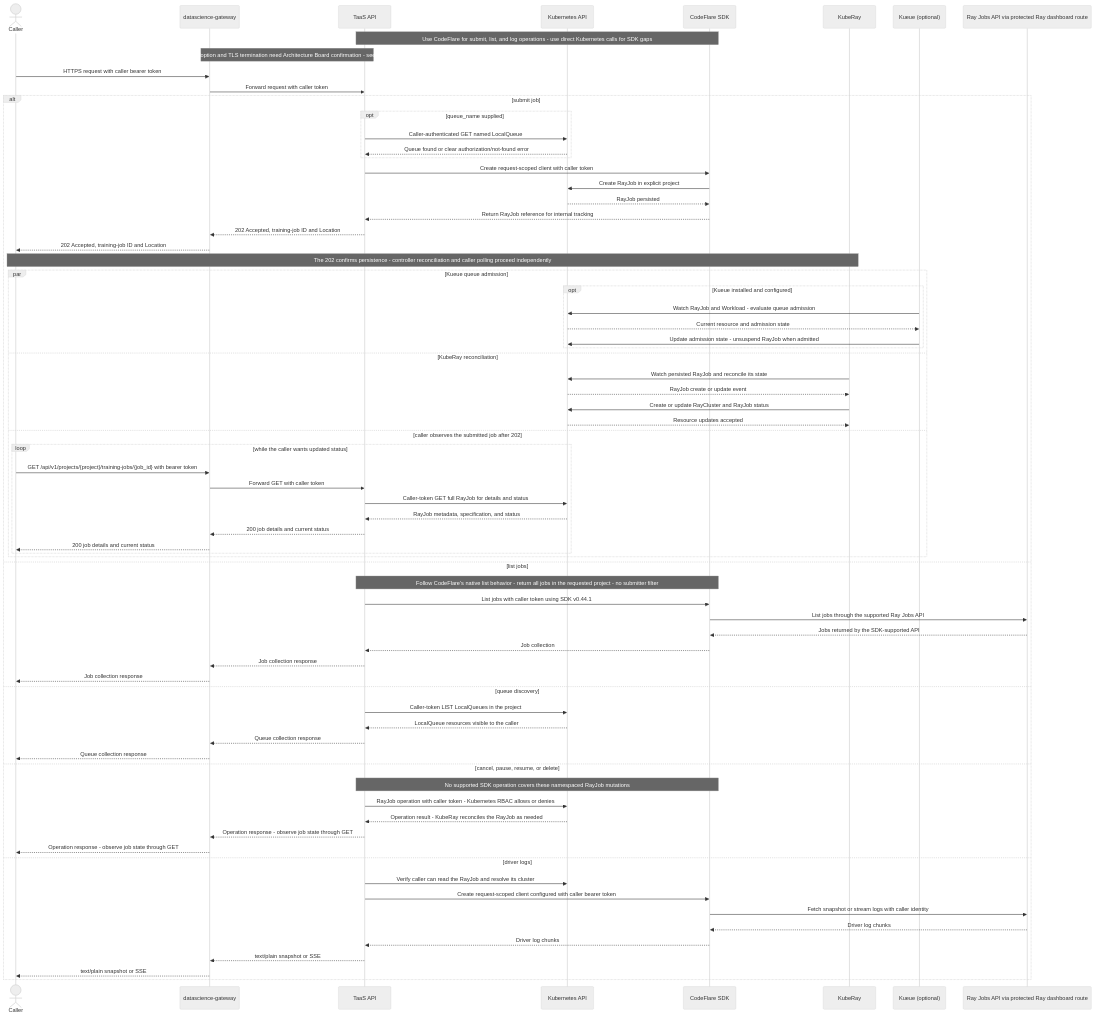
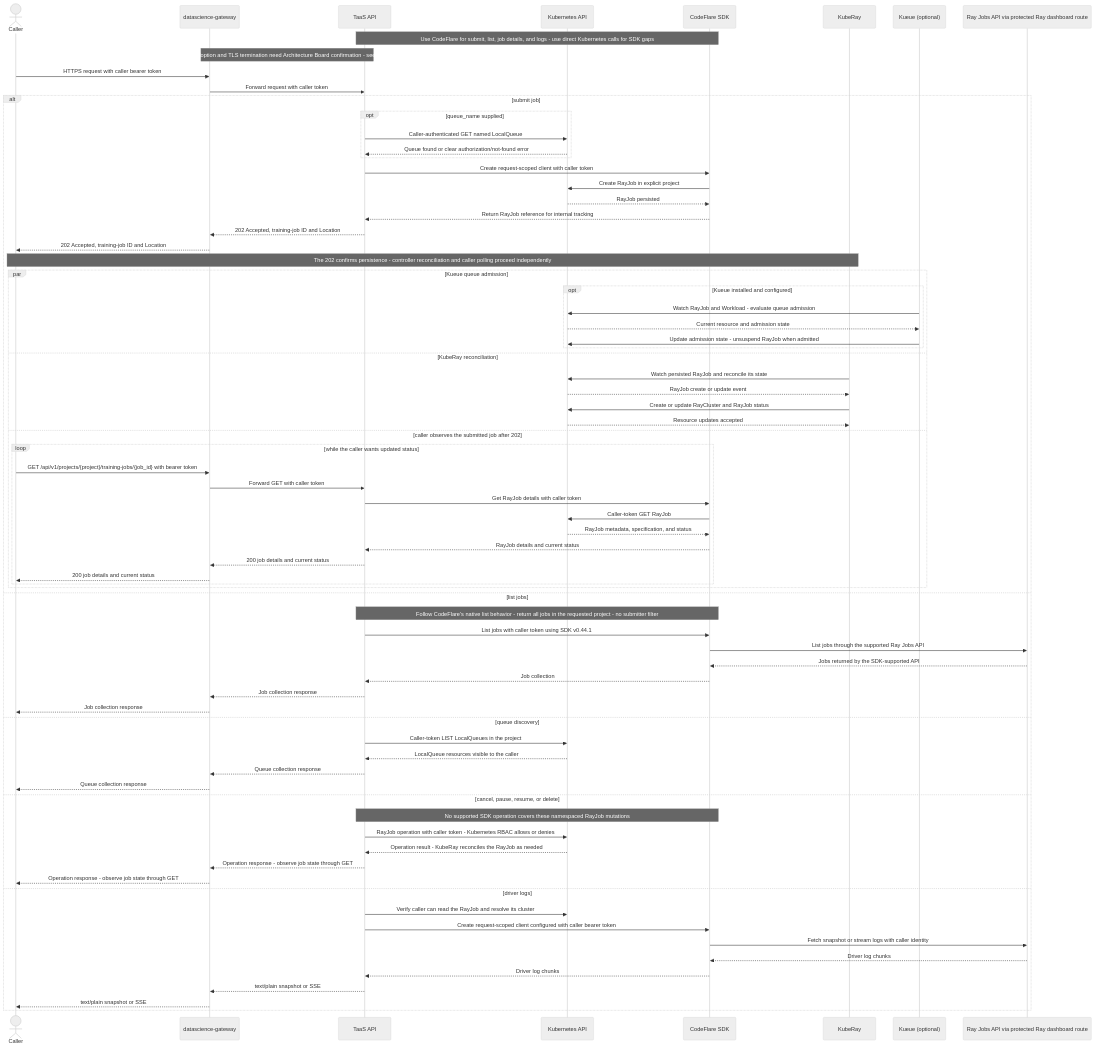
The second of 2 diagrams in architecture-decision-records/distributed-workloads/ODH-ADR-TA-0001-taas-rhoai-technical-preview.md (opendatahub-io/architecture-decision-records), drawn with Mermaid (neutral theme) before and after one commit. The commit also changed other lines of this file, not shown here.

````diff
--- a/architecture-decision-records/distributed-workloads/ODH-ADR-TA-0001-taas-rhoai-technical-preview.md
+++ b/architecture-decision-records/distributed-workloads/ODH-ADR-TA-0001-taas-rhoai-technical-preview.md
@@ -153,76 +153,78 @@
 ```mermaid
 sequenceDiagram
     actor Caller
     participant Gateway as datascience-gateway
     participant API as TaaS API
     participant K8s as Kubernetes API
     participant CF as CodeFlare SDK
     participant KubeRay as KubeRay
     participant Kueue as Kueue (optional)
     participant RayHTTP as Ray Jobs API via protected Ray dashboard route
-    Note over API,CF: Use CodeFlare for submit, list, and log operations - use direct Kubernetes calls for SDK gaps
+    Note over API,CF: Use CodeFlare for submit, list, job details, and logs - use direct Kubernetes calls for SDK gaps
     Note over Gateway,API: Gateway adoption and TLS termination need Architecture Board confirmation - see Question 7
     Caller ->> Gateway: HTTPS request with caller bearer token
     Gateway ->> API: Forward request with caller token
     alt submit job
         opt queue_name supplied
             API ->> K8s: Caller-authenticated GET named LocalQueue
             K8s -->> API: Queue found or clear authorization/not-found error
         end
         API ->> CF: Create request-scoped client with caller token
         CF ->> K8s: Create RayJob in explicit project;%% TaaS passes the requested queue; Kueue handles an omitted queue
         K8s -->> CF: RayJob persisted
         CF -->> API: Return RayJob reference for internal tracking
         API -->> Gateway: 202 Accepted, training-job ID and Location
         Gateway -->> Caller: 202 Accepted, training-job ID and Location
         Note over Caller,KubeRay: The 202 confirms persistence - controller reconciliation and caller polling proceed independently
         par Kueue queue admission
             opt Kueue installed and configured
                 Kueue ->> K8s: Watch RayJob and Workload - evaluate queue admission
                 K8s -->> Kueue: Current resource and admission state
                 Kueue ->> K8s: Update admission state - unsuspend RayJob when admitted
             end
         and KubeRay reconciliation
             KubeRay ->> K8s: Watch persisted RayJob and reconcile its state
             K8s -->> KubeRay: RayJob create or update event
             KubeRay ->> K8s: Create or update RayCluster and RayJob status
             K8s -->> KubeRay: Resource updates accepted
         and caller observes the submitted job after 202
             loop while the caller wants updated status
                 Caller ->> Gateway: GET /api/v1/projects/{project}/training-jobs/{job_id} with bearer token
                 Gateway ->> API: Forward GET with caller token
-                API ->> K8s: Caller-token GET full RayJob for details and status
-                K8s -->> API: RayJob metadata, specification, and status
+                API ->> CF: Get RayJob details with caller token
+                CF ->> K8s: Caller-token GET RayJob
+                K8s -->> CF: RayJob metadata, specification, and status
+                CF -->> API: RayJob details and current status
                 API -->> Gateway: 200 job details and current status
                 Gateway -->> Caller: 200 job details and current status
             end
         end
     else list jobs
         Note over API,CF: Follow CodeFlare's native list behavior - return all jobs in the requested project - no submitter filter
         API ->> CF: List jobs with caller token using SDK v0.44.1
         CF ->> RayHTTP: List jobs through the supported Ray Jobs API
         RayHTTP -->> CF: Jobs returned by the SDK-supported API
         CF -->> API: Job collection
         API -->> Gateway: Job collection response
         Gateway -->> Caller: Job collection response
     else queue discovery
         API ->> K8s: Caller-token LIST LocalQueues in the project
         K8s -->> API: LocalQueue resources visible to the caller
         API -->> Gateway: Queue collection response
         Gateway -->> Caller: Queue collection response
     else cancel, pause, resume, or delete
         Note over API,CF: No supported SDK operation covers these namespaced RayJob mutations
         API ->> K8s: RayJob operation with caller token - Kubernetes RBAC allows or denies
         K8s -->> API: Operation result - KubeRay reconciles the RayJob as needed
         API -->> Gateway: Operation response - observe job state through GET
         Gateway -->> Caller: Operation response - observe job state through GET
     else driver logs
         API ->> K8s: Verify caller can read the RayJob and resolve its cluster
         API ->> CF: Create request-scoped client configured with caller bearer token
         CF ->> RayHTTP: Fetch snapshot or stream logs with caller identity
         RayHTTP -->> CF: Driver log chunks
         CF -->> API: Driver log chunks
         API -->> Gateway: text/plain snapshot or SSE
         Gateway -->> Caller: text/plain snapshot or SSE
     end
 ```
````
